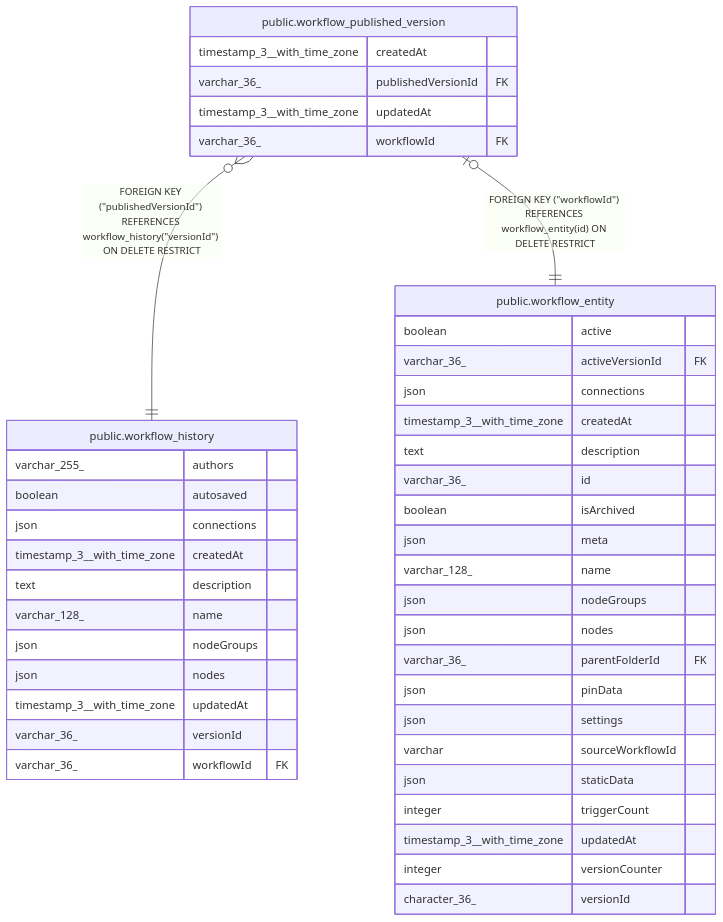
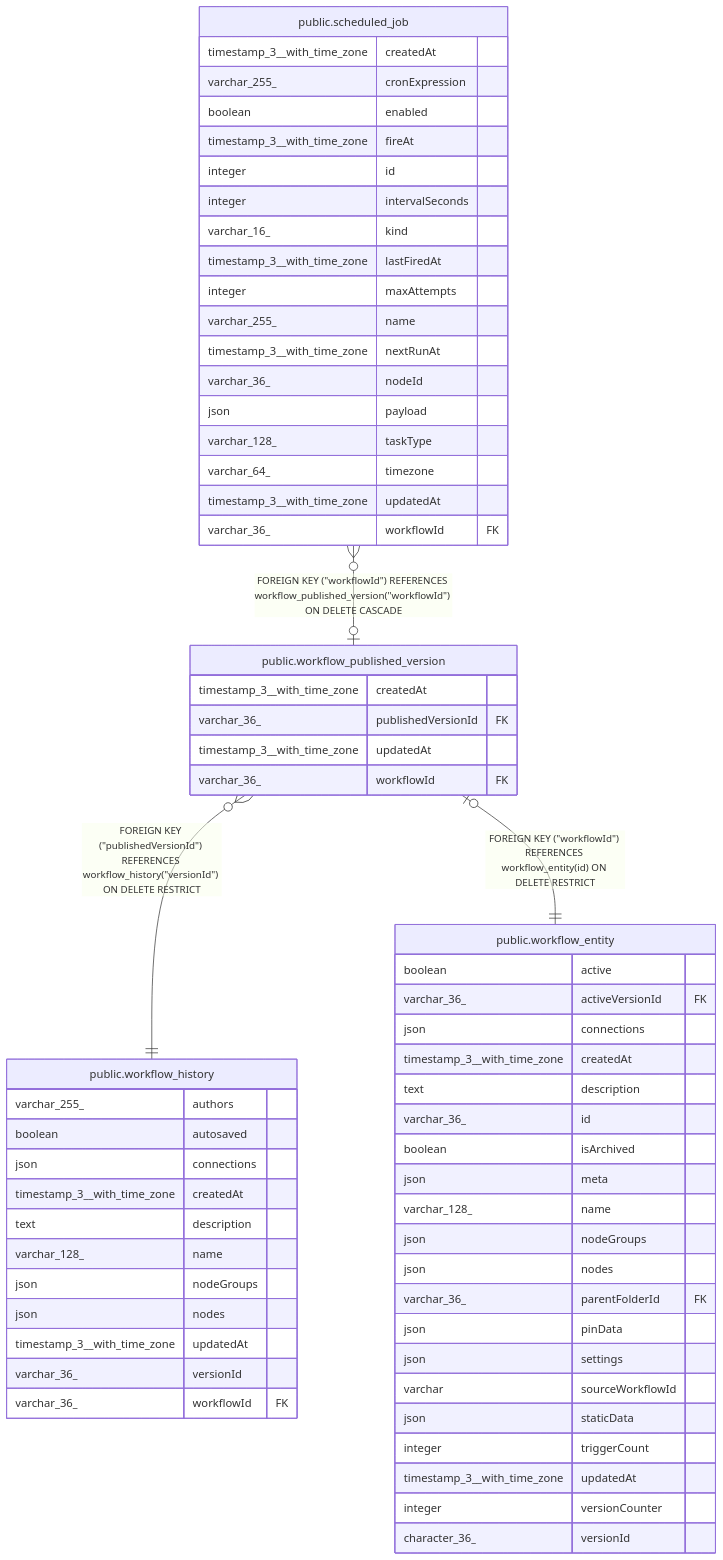
Before and after one commit to ggrace519/n8n: the diagram in docs/generated/postgres-schema/public.workflow_published_version.md, drawn with Mermaid. The commit also changed other lines of this file and 17 other files, not shown here.

Commit message:
feat(core): Add durable scheduler database schema (no-changelog) (#33315)

````diff
--- a/docs/generated/postgres-schema/public.workflow_published_version.md
+++ b/docs/generated/postgres-schema/public.workflow_published_version.md
@@ -32,48 +32,68 @@
 ```mermaid
 erDiagram
 
 "public.workflow_published_version" }o--|| "public.workflow_history" : "FOREIGN KEY (#quot;publishedVersionId#quot;) REFERENCES workflow_history(#quot;versionId#quot;) ON DELETE RESTRICT"
 "public.workflow_published_version" |o--|| "public.workflow_entity" : "FOREIGN KEY (#quot;workflowId#quot;) REFERENCES workflow_entity(id) ON DELETE RESTRICT"
+"public.scheduled_job" }o--o| "public.workflow_published_version" : "FOREIGN KEY (#quot;workflowId#quot;) REFERENCES workflow_published_version(#quot;workflowId#quot;) ON DELETE CASCADE"
 
 "public.workflow_published_version" {
   timestamp_3__with_time_zone createdAt
   varchar_36_ publishedVersionId FK
   timestamp_3__with_time_zone updatedAt
   varchar_36_ workflowId FK
 }
 "public.workflow_history" {
   varchar_255_ authors
   boolean autosaved
   json connections
   timestamp_3__with_time_zone createdAt
   text description
   varchar_128_ name
   json nodeGroups
   json nodes
   timestamp_3__with_time_zone updatedAt
   varchar_36_ versionId
   varchar_36_ workflowId FK
 }
 "public.workflow_entity" {
   boolean active
   varchar_36_ activeVersionId FK
   json connections
   timestamp_3__with_time_zone createdAt
   text description
   varchar_36_ id
   boolean isArchived
   json meta
   varchar_128_ name
   json nodeGroups
   json nodes
   varchar_36_ parentFolderId FK
   json pinData
   json settings
   varchar sourceWorkflowId
   json staticData
   integer triggerCount
   timestamp_3__with_time_zone updatedAt
   integer versionCounter
   character_36_ versionId
 }
+"public.scheduled_job" {
+  timestamp_3__with_time_zone createdAt
+  varchar_255_ cronExpression
+  boolean enabled
+  timestamp_3__with_time_zone fireAt
+  integer id
+  integer intervalSeconds
+  varchar_16_ kind
+  timestamp_3__with_time_zone lastFiredAt
+  integer maxAttempts
+  varchar_255_ name
+  timestamp_3__with_time_zone nextRunAt
+  varchar_36_ nodeId
+  json payload
+  varchar_128_ taskType
+  varchar_64_ timezone
+  timestamp_3__with_time_zone updatedAt
+  varchar_36_ workflowId FK
+}
 ```
````
